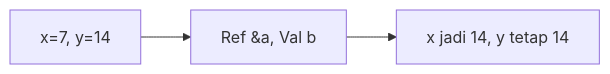
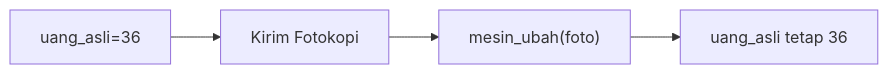
One commit to amnahwaida/OSNK_INF_PREP changed diagram 16 of 25 in part-c-pemahaman-cpp/04-fungsi/latihan/set-09.md. Above: the diagram before and after it, drawn with Mermaid. The commit also changed other lines of this file and 71 other files, not shown here.

````diff
--- a/part-c-pemahaman-cpp/04-fungsi/latihan/set-09.md
+++ b/part-c-pemahaman-cpp/04-fungsi/latihan/set-09.md
@@ -419,5 +441,6 @@
 ```mermaid
 graph LR
-A["x=7, y=14"] --> B["Ref &a, Val b"]
-B --> C["x jadi 14, y tetap 14"]
+A["uang_asli=36"] --> B["Kirim Fotokopi"]
+B --> C["mesin_ubah(foto)"]
+C --> D["uang_asli tetap 36"]
 ```
````
